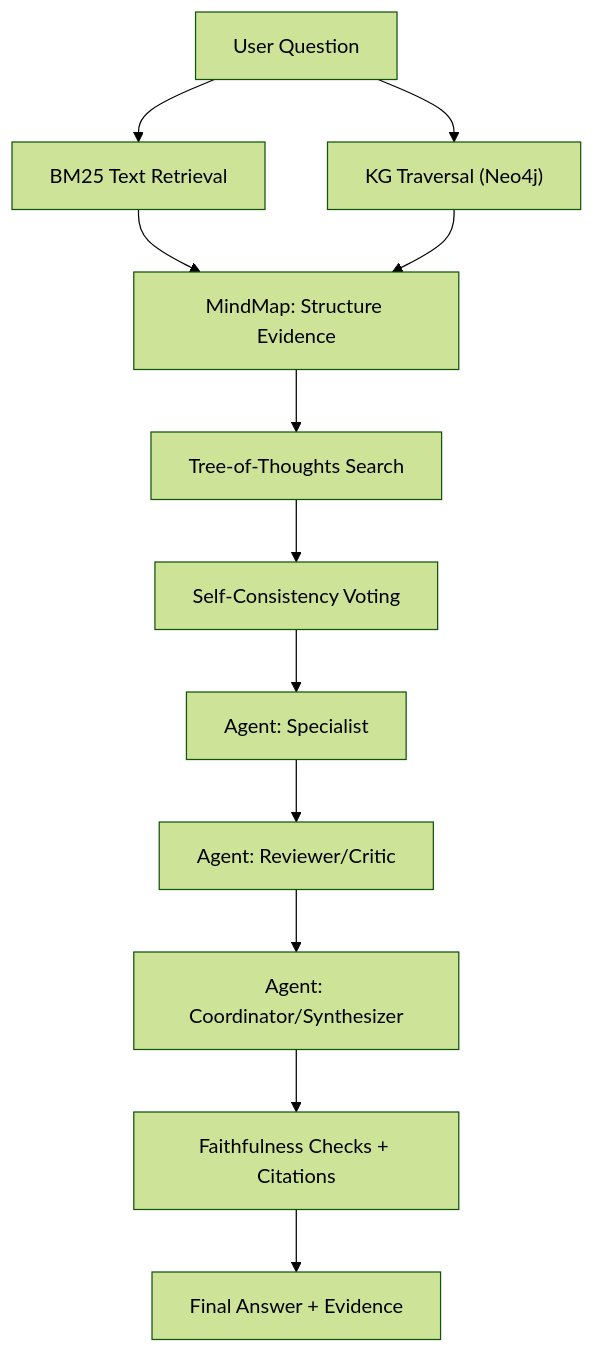
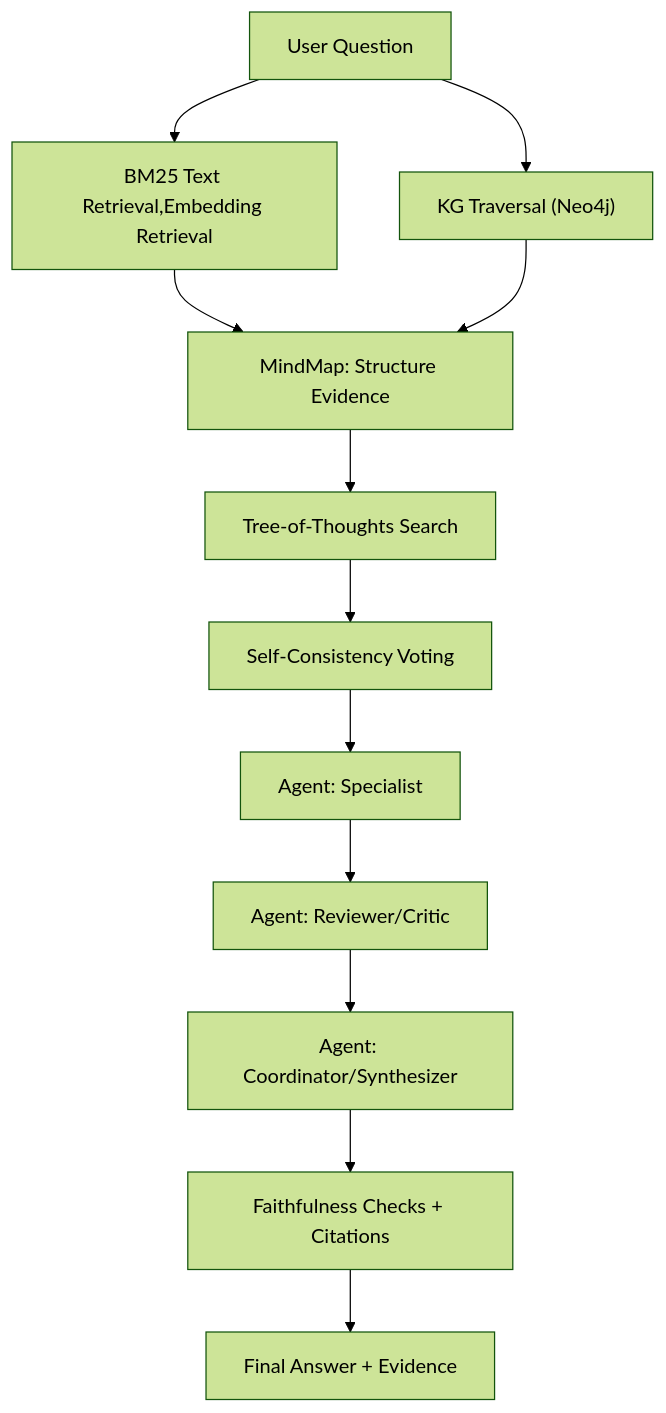
One commit to ictup/Enhancing-QA-Systems-through-Integrated-Reasoning-over-Knowledge-Bases-and-Large-Language-Models changed the diagram in README.md. Above: the diagram before and after it, drawn with Mermaid (forest theme).

````diff
--- a/README.md
+++ b/README.md
@@ -21,27 +21,27 @@
 ```mermaid
 flowchart TD
     Q["User Question"]
-    R1["BM25 Text Retrieval"]
+    R1["BM25 Text Retrieval,Embedding Retrieval"]
     R2["KG Traversal (Neo4j)"]
     M["MindMap: Structure Evidence"]
     T["Tree-of-Thoughts Search"]
     V["Self-Consistency Voting"]
     A1["Agent: Specialist"]
     A2["Agent: Reviewer/Critic"]
     A3["Agent: Coordinator/Synthesizer"]
     C["Faithfulness Checks + Citations"]
     O["Final Answer + Evidence"]
 
     Q --> R1
     Q --> R2
     R1 --> M
     R2 --> M
     M --> T
     T --> V
     V --> A1
     A1 --> A2
     A2 --> A3
     A3 --> C
     C --> O
 
 ```
````
